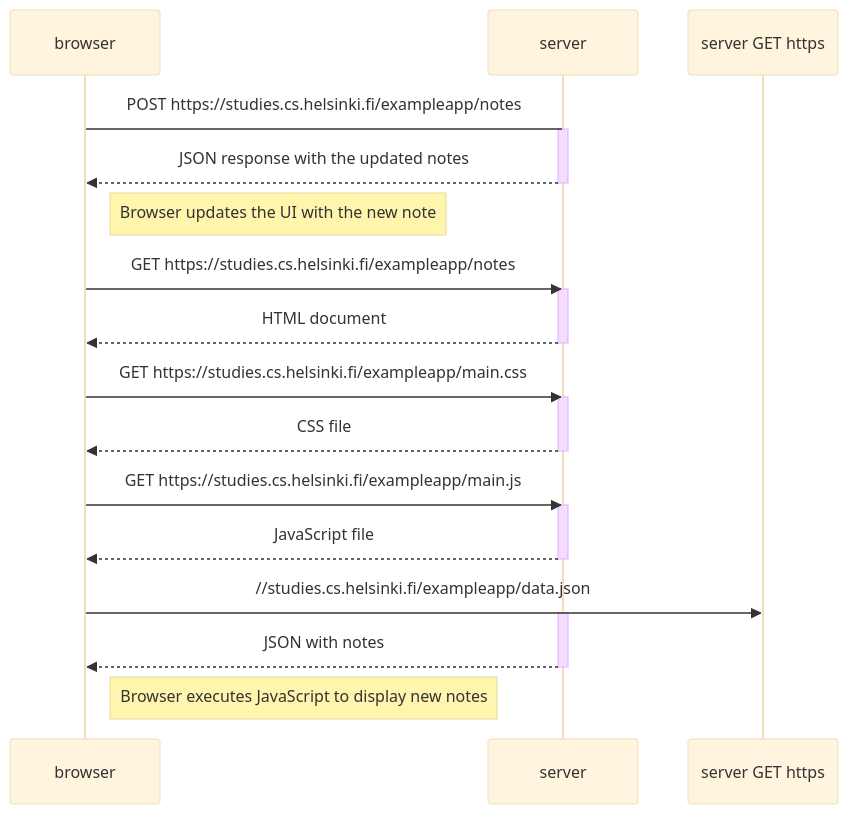
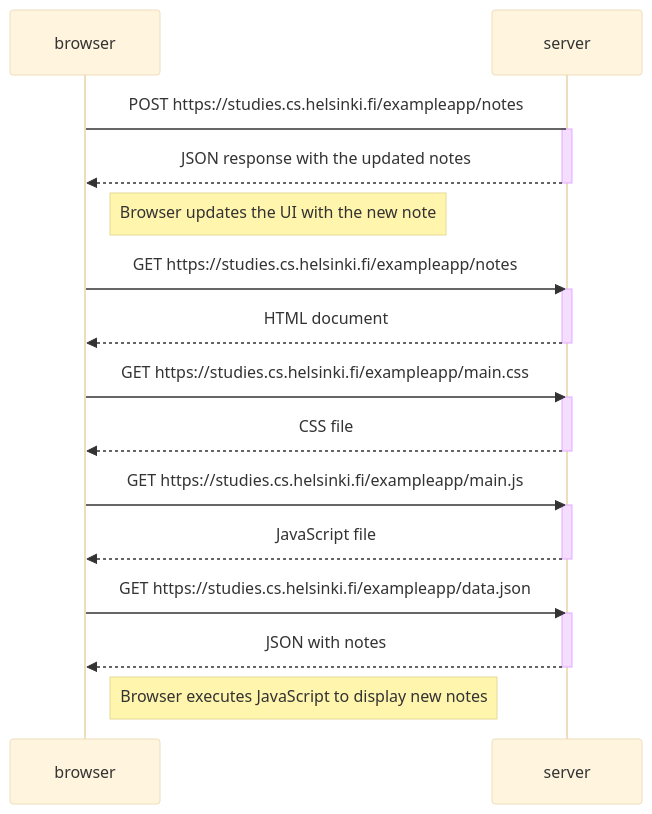
One commit to RafaelaYazawa/helsinki-web-develop changed the diagram in part-0/exercises0.4.md. Above: the diagram before and after it, drawn with Mermaid (base theme).

````diff
--- a/part-0/exercises0.4.md
+++ b/part-0/exercises0.4.md
@@ -1,34 +1,34 @@
 ```mermaid
 sequenceDiagram
     participant browser
     participant server
 
     browser -> server:  POST https://studies.cs.helsinki.fi/exampleapp/notes
     activate server
     server-->>browser:  JSON response with the updated notes
     deactivate server
 
     Note right of browser: Browser updates the UI with the new note
 
     browser->>server: GET https://studies.cs.helsinki.fi/exampleapp/notes
     activate server
     server-->>browser: HTML document
     deactivate server
 
     browser->>server: GET https://studies.cs.helsinki.fi/exampleapp/main.css
     activate server
     server-->>browser: CSS file
     deactivate server
 
     browser->>server: GET https://studies.cs.helsinki.fi/exampleapp/main.js
     activate server
     server-->>browser:  JavaScript file
     deactivate server
 
-    browser ->> server GET https://studies.cs.helsinki.fi/exampleapp/data.json
+    browser->>server: GET https://studies.cs.helsinki.fi/exampleapp/data.json
     activate server
     server-->>browser: JSON with notes
     deactivate server
 
     Note right of browser:  Browser executes JavaScript to display new notes
 ```
````
